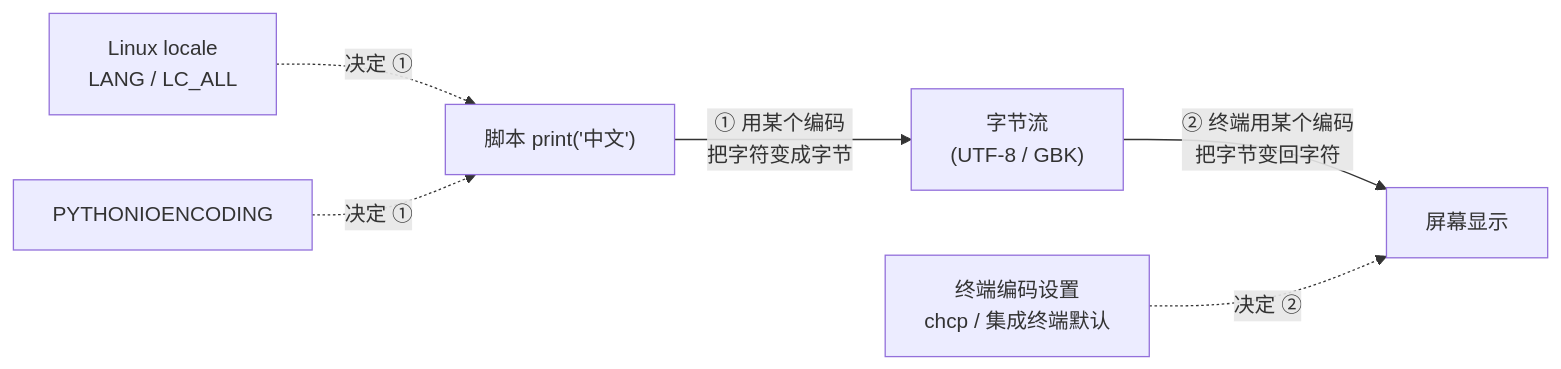
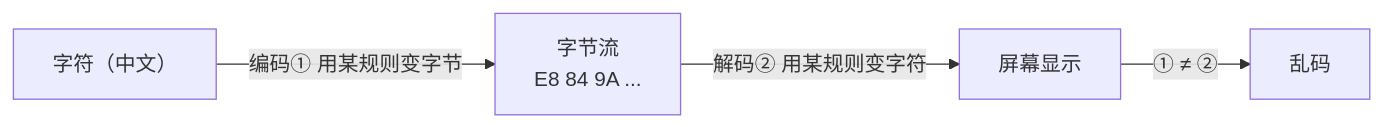
The diagram in 杂记/环境/终端中文乱码.md (moke5/Embedded), drawn with Mermaid before and after one commit. The commit also changed other lines of this file and 16 other files, not shown here.

````diff
--- a/杂记/环境/终端中文乱码.md
+++ b/杂记/环境/终端中文乱码.md
@@ -19,8 +13,6 @@
 ```mermaid
 flowchart LR
-    A["脚本 print('中文')"] -->|"① 用某个编码\n把字符变成字节"| B["字节流<br/>(UTF-8 / GBK)"]
-    B -->|"② 终端用某个编码\n把字节变回字符"| C["屏幕显示"]
-    L["Linux locale<br/>LANG / LC_ALL"] -.->|"决定 ①"| A
-    P["PYTHONIOENCODING"] -.->|"决定 ①"| A
-    T["终端编码设置<br/>chcp / 集成终端默认"] -.->|"决定 ②"| C
+    SRC["字符（中文）"] -->|"编码① 用某规则变字节"| BYTE["字节流<br/>E8 84 9A ..."]
+    BYTE -->|"解码② 用某规则变字符"| VIEW["屏幕显示"]
+    VIEW -- "① ≠ ②" --> BAD["乱码"]
 ```
````
